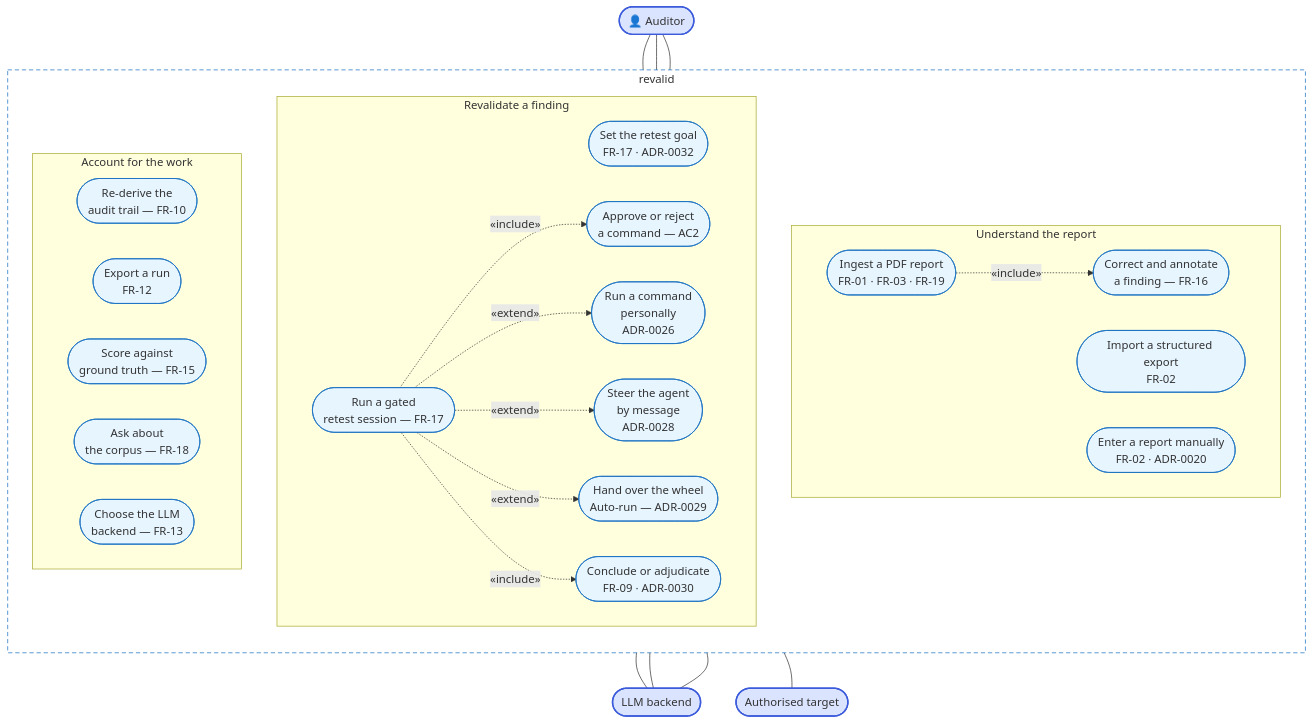
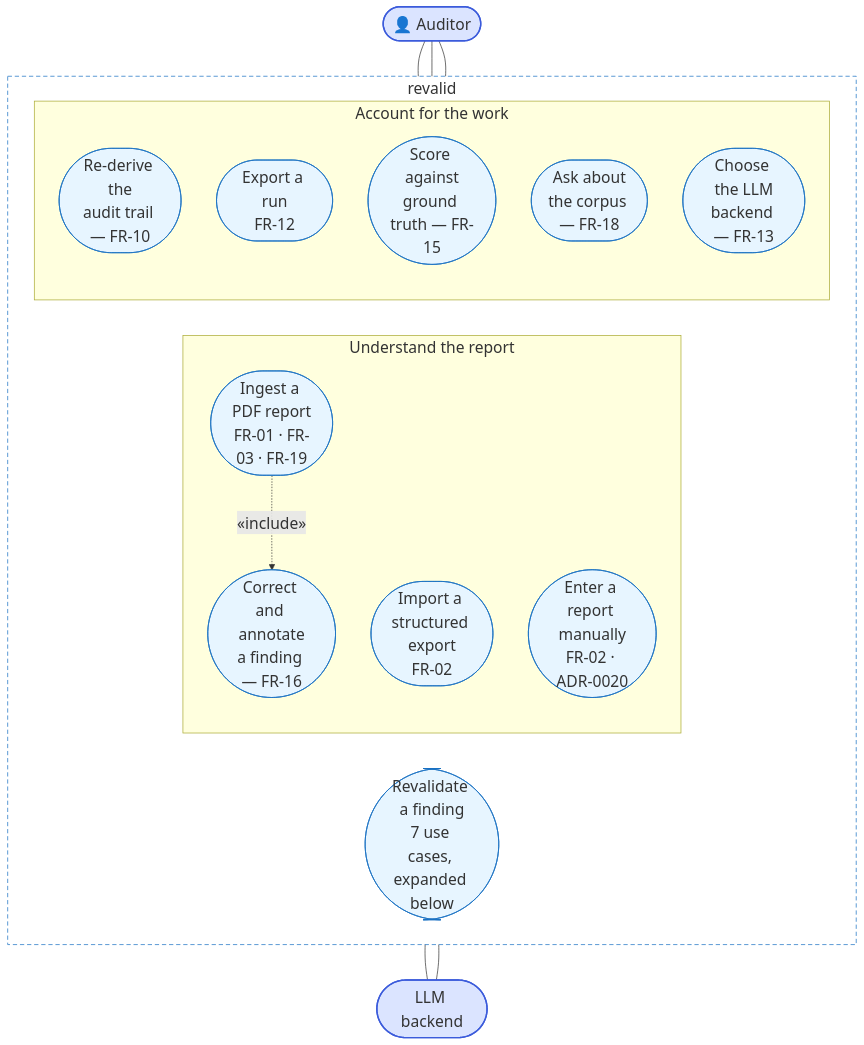
One commit to SelfishCoconut/revalid changed the first of 2 diagrams in docs/requirements/use-cases.md. Above: the diagram before and after it, drawn with Mermaid. The commit also changed other lines of this file and 30 other files, not shown here.

````diff
--- a/docs/requirements/use-cases.md
+++ b/docs/requirements/use-cases.md
@@ -27,60 +27,42 @@
 ```mermaid
+%%{init: {"flowchart": {"useMaxWidth": false, "wrappingWidth": 120}, "themeVariables": {"fontSize": "22px"}}}%%
 flowchart TB
     AUD(["👤 Auditor"])
     LLM(["LLM backend"])
-    TGT(["Authorised target"])
 
     subgraph SYS["revalid"]
-        direction TB
+        direction LR
 
         subgraph UND["Understand the report"]
-            direction LR
+            direction TB
             U1(["Ingest a PDF report<br/>FR-01 · FR-03 · FR-19"])
             U2(["Import a structured export<br/>FR-02"])
             U3(["Enter a report manually<br/>FR-02 · ADR-0020"])
             U4(["Correct and annotate<br/>a finding — FR-16"])
         end
 
-        subgraph RET["Revalidate a finding"]
-            direction LR
-            U5(["Set the retest goal<br/>FR-17 · ADR-0032"])
-            U6(["Run a gated<br/>retest session — FR-17"])
-            U7(["Approve or reject<br/>a command — AC2"])
-            U8(["Run a command<br/>personally<br/>ADR-0026"])
-            U9(["Steer the agent<br/>by message<br/>ADR-0028"])
-            U10(["Hand over the wheel<br/>Auto-run — ADR-0029"])
-            U11(["Conclude or adjudicate<br/>FR-09 · ADR-0030"])
-        end
+        RET(["Revalidate a finding<br/>7 use cases, expanded below"])
 
         subgraph OUT["Account for the work"]
-            direction LR
+            direction TB
             U12(["Re-derive the<br/>audit trail — FR-10"])
             U13(["Export a run<br/>FR-12"])
             U14(["Score against<br/>ground truth — FR-15"])
             U15(["Ask about<br/>the corpus — FR-18"])
             U16(["Choose the LLM<br/>backend — FR-13"])
         end
     end
 
     AUD --- UND
     AUD --- RET
     AUD --- OUT
-
-    U6 -.->|"«include»"| U7
-    U6 -.->|"«extend»"| U8
-    U6 -.->|"«extend»"| U9
-    U6 -.->|"«extend»"| U10
-    U6 -.->|"«include»"| U11
     U1 -.->|"«include»"| U4
-
     UND --- LLM
-    RET --- LLM
     OUT --- LLM
-    RET --- TGT
 
     classDef actor fill:#dbe4ff,stroke:#3b5bdb,stroke-width:2px
     classDef uc fill:#e7f5ff,stroke:#1971c2
-    class AUD,LLM,TGT actor
-    class U1,U2,U3,U4,U5,U6,U7,U8,U9,U10,U11,U12,U13,U14,U15,U16 uc
+    class AUD,LLM actor
+    class U1,U2,U3,U4,U12,U13,U14,U15,U16,RET uc
     style SYS fill:none,stroke:#1971c2,stroke-dasharray:6 4
 ```
````
